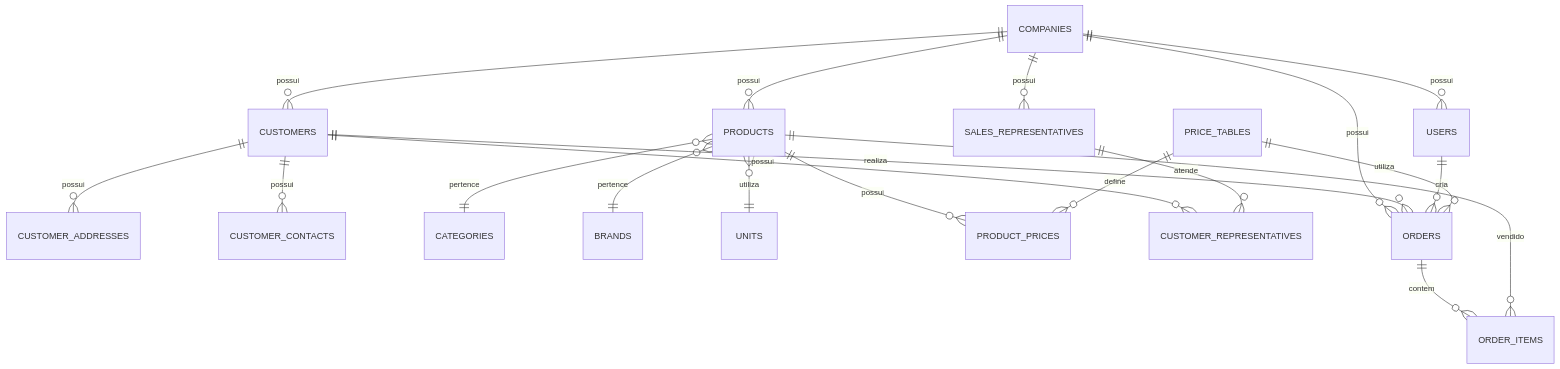
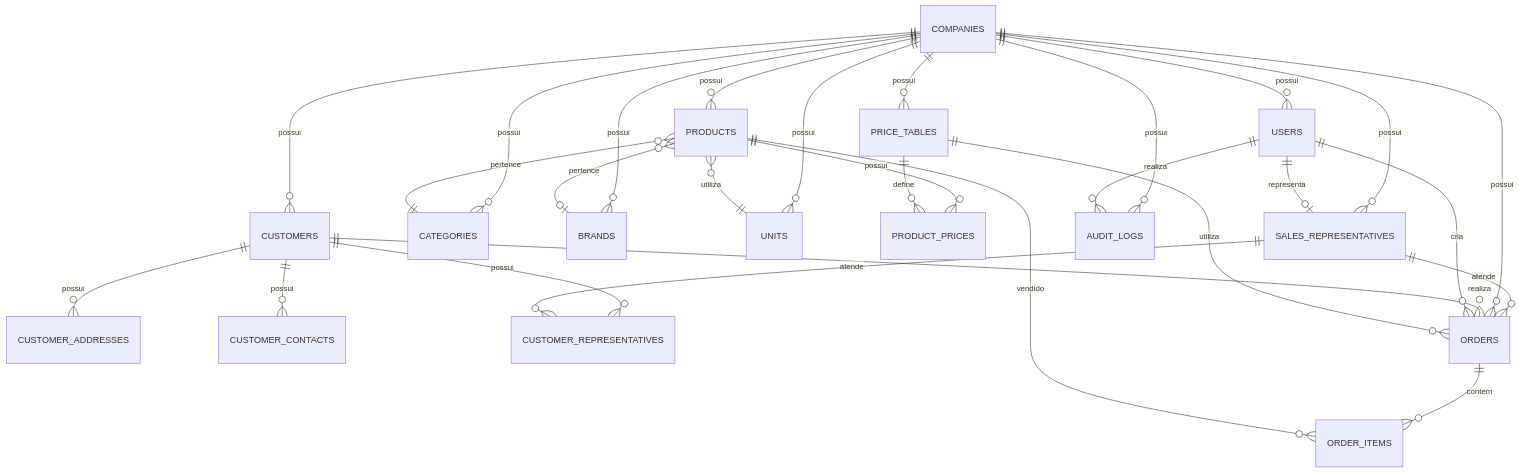
Before and after one commit to danielkzero/orderbox: the first of 3 diagrams in docs/03-modelagem/er-diagram.md, drawn with Mermaid. The commit also changed other lines of this file and 10 other files, not shown here.

````diff
--- a/docs/03-modelagem/er-diagram.md
+++ b/docs/03-modelagem/er-diagram.md
@@ -5,41 +5,57 @@
 ```mermaid
 erDiagram
 
     COMPANIES ||--o{ USERS : possui
 
     COMPANIES ||--o{ CUSTOMERS : possui
 
     CUSTOMERS ||--o{ CUSTOMER_ADDRESSES : possui
 
     CUSTOMERS ||--o{ CUSTOMER_CONTACTS : possui
 
+    COMPANIES ||--o{ CATEGORIES : possui
+
+    COMPANIES ||--o{ BRANDS : possui
+
+    COMPANIES ||--o{ UNITS : possui
+
     COMPANIES ||--o{ PRODUCTS : possui
 
     PRODUCTS }o--|| CATEGORIES : pertence
 
-    PRODUCTS }o--|| BRANDS : pertence
+    PRODUCTS }o--o| BRANDS : pertence
 
     PRODUCTS }o--|| UNITS : utiliza
 
     PRODUCTS ||--o{ PRODUCT_PRICES : possui
 
+    COMPANIES ||--o{ PRICE_TABLES : possui
+
     PRICE_TABLES ||--o{ PRODUCT_PRICES : define
 
     COMPANIES ||--o{ SALES_REPRESENTATIVES : possui
 
+    USERS ||--o| SALES_REPRESENTATIVES : representa
+
     CUSTOMERS ||--o{ CUSTOMER_REPRESENTATIVES : possui
 
     SALES_REPRESENTATIVES ||--o{ CUSTOMER_REPRESENTATIVES : atende
+
+    SALES_REPRESENTATIVES ||--o{ ORDERS : atende
 
     COMPANIES ||--o{ ORDERS : possui
 
     CUSTOMERS ||--o{ ORDERS : realiza
 
     USERS ||--o{ ORDERS : cria
 
     PRICE_TABLES ||--o{ ORDERS : utiliza
 
     ORDERS ||--o{ ORDER_ITEMS : contem
 
     PRODUCTS ||--o{ ORDER_ITEMS : vendido
+
+    COMPANIES ||--o{ AUDIT_LOGS : possui
+
+    USERS ||--o{ AUDIT_LOGS : realiza
 ```
````
